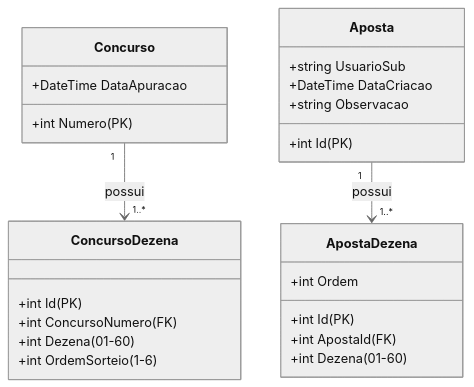
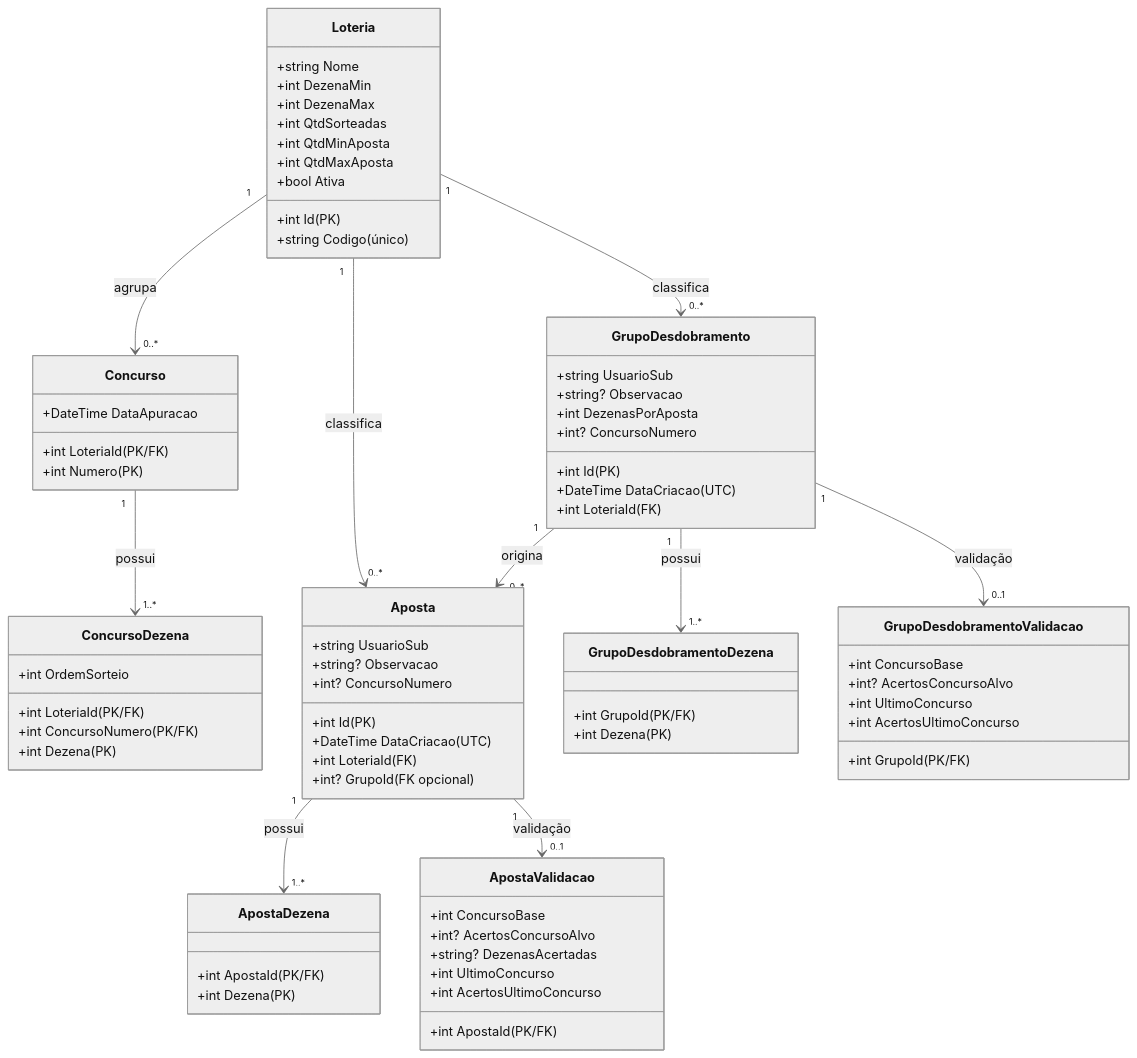
One commit to Marcelo-Davila/AnaliseJogosCaixa-Vitrine changed the second of 2 diagrams in README.md. Above: the diagram before and after it, drawn with Mermaid (neutral theme). The commit also changed other lines of this file and 4 other files, not shown here.

````diff
--- a/README.md
+++ b/README.md
@@ -93,27 +98,75 @@
 ```mermaid
 classDiagram
+    class Loteria {
+        +int Id (PK)
+        +string Codigo (único)
+        +string Nome
+        +int DezenaMin
+        +int DezenaMax
+        +int QtdSorteadas
+        +int QtdMinAposta
+        +int QtdMaxAposta
+        +bool Ativa
+    }
     class Concurso {
+        +int LoteriaId (PK/FK)
         +int Numero (PK)
         +DateTime DataApuracao
     }
     class ConcursoDezena {
-        +int Id (PK)
-        +int ConcursoNumero (FK)
-        +int Dezena (01-60)
-        +int OrdemSorteio (1-6)
+        +int LoteriaId (PK/FK)
+        +int ConcursoNumero (PK/FK)
+        +int Dezena (PK)
+        +int OrdemSorteio
     }
     class Aposta {
         +int Id (PK)
         +string UsuarioSub
-        +DateTime DataCriacao
-        +string Observacao
+        +DateTime DataCriacao (UTC)
+        +string? Observacao
+        +int LoteriaId (FK)
+        +int? ConcursoNumero
+        +int? GrupoId (FK opcional)
     }
     class ApostaDezena {
+        +int ApostaId (PK/FK)
+        +int Dezena (PK)
+    }
+    class ApostaValidacao {
+        +int ApostaId (PK/FK)
+        +int ConcursoBase
+        +int? AcertosConcursoAlvo
+        +string? DezenasAcertadas
+        +int UltimoConcurso
+        +int AcertosUltimoConcurso
+    }
+    class GrupoDesdobramento {
         +int Id (PK)
-        +int ApostaId (FK)
-        +int Dezena (01-60)
-        +int Ordem
+        +string UsuarioSub
+        +DateTime DataCriacao (UTC)
+        +string? Observacao
+        +int LoteriaId (FK)
+        +int DezenasPorAposta
+        +int? ConcursoNumero
     }
+    class GrupoDesdobramentoDezena {
+        +int GrupoId (PK/FK)
+        +int Dezena (PK)
+    }
+    class GrupoDesdobramentoValidacao {
+        +int GrupoId (PK/FK)
+        +int ConcursoBase
+        +int? AcertosConcursoAlvo
+        +int UltimoConcurso
+        +int AcertosUltimoConcurso
+    }
+    Loteria "1" --> "0..*" Concurso : agrupa
+    Loteria "1" --> "0..*" Aposta : classifica
+    Loteria "1" --> "0..*" GrupoDesdobramento : classifica
     Concurso "1" --> "1..*" ConcursoDezena : possui
     Aposta "1" --> "1..*" ApostaDezena : possui
+    Aposta "1" --> "0..1" ApostaValidacao : validação
+    GrupoDesdobramento "1" --> "1..*" GrupoDesdobramentoDezena : possui
+    GrupoDesdobramento "1" --> "0..1" GrupoDesdobramentoValidacao : validação
+    GrupoDesdobramento "1" --> "0..*" Aposta : origina
 ```
````
